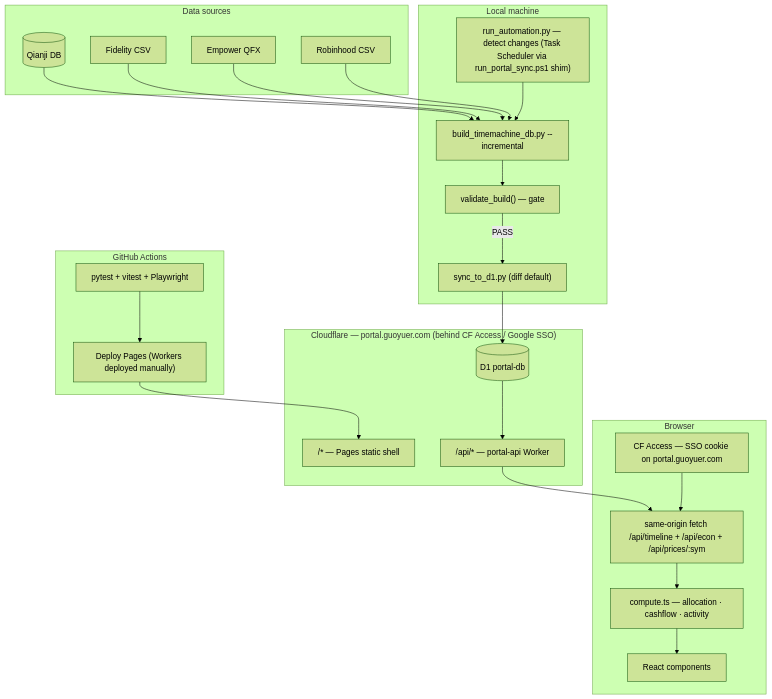
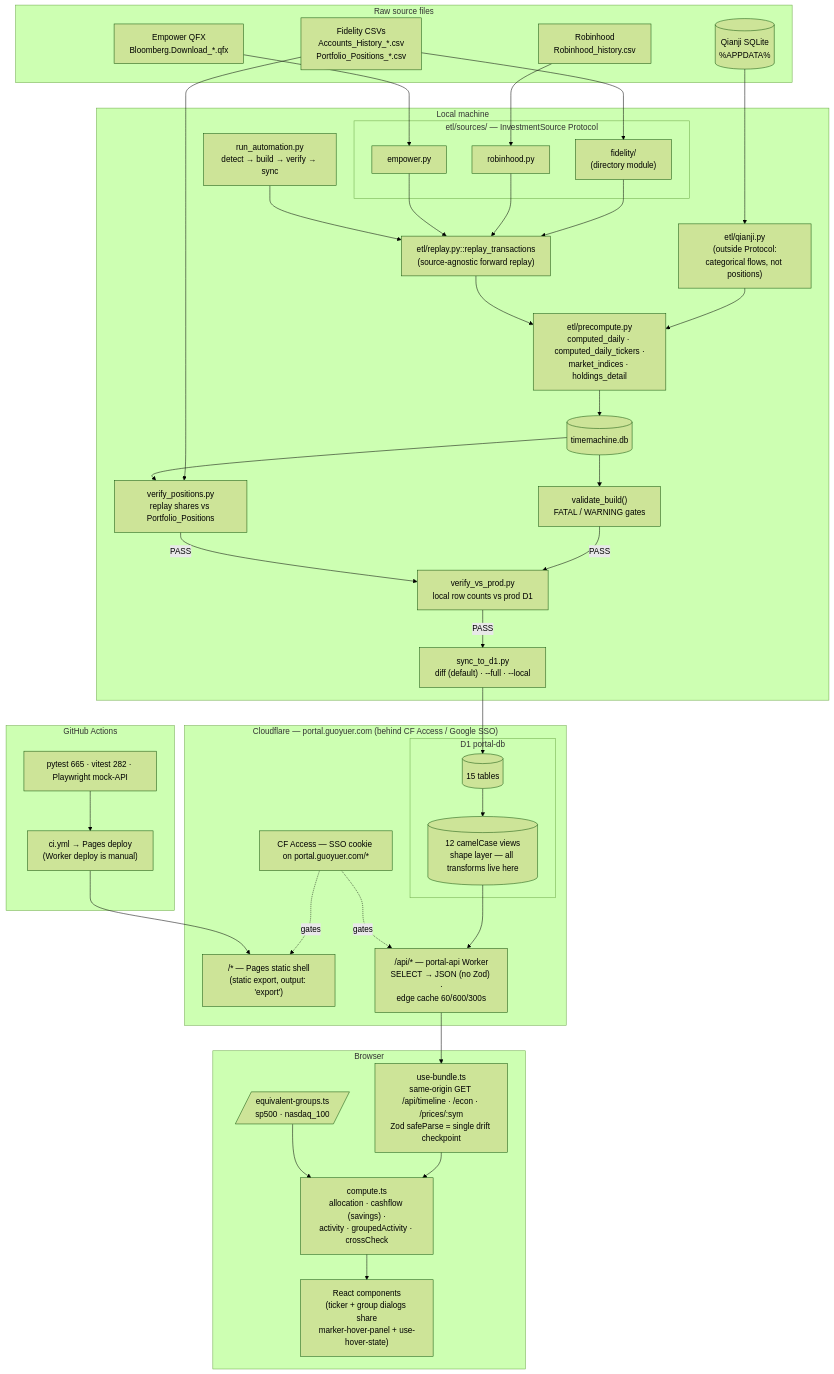
The diagram in docs/ARCHITECTURE.md (Guoyuer/portal), drawn with Mermaid (forest theme) before and after one commit. The commit also changed other lines of this file and 1 other file, not shown here.

````diff
--- a/docs/ARCHITECTURE.md
+++ b/docs/ARCHITECTURE.md
@@ -7,41 +7,67 @@
 ```mermaid
 graph TB
-    subgraph Local["Local machine"]
-        DETECT["run_automation.py — detect changes (Task Scheduler via run_portal_sync.ps1 shim)"]
-        BUILD["build_timemachine_db.py --incremental"]
-        VALIDATE["validate_build() — gate"]
-        DIFF["sync_to_d1.py (diff default)"]
+    subgraph SourceFiles["Raw source files"]
+        QJ[(Qianji SQLite<br/>%APPDATA%)]
+        FID["Fidelity CSVs<br/>Accounts_History_*.csv<br/>Portfolio_Positions_*.csv"]
+        QFX["Empower QFX<br/>Bloomberg.Download_*.qfx"]
+        RHC["Robinhood<br/>Robinhood_history.csv"]
     end
 
-    subgraph Sources["Data sources"]
-        QJ[(Qianji DB)]
-        FID[Fidelity CSV]
-        QFX[Empower QFX]
-        RH[Robinhood CSV]
+    subgraph Local["Local machine"]
+        DETECT["run_automation.py<br/>detect → build → verify → sync"]
+        subgraph SourceModules["etl/sources/ — InvestmentSource Protocol"]
+            S_FID["fidelity/<br/>(directory module)"]
+            S_RH["robinhood.py"]
+            S_EMP["empower.py"]
+        end
+        S_QJ["etl/qianji.py<br/>(outside Protocol:<br/>categorical flows, not positions)"]
+        REPLAY["etl/replay.py::replay_transactions<br/>(source-agnostic forward replay)"]
+        PRECOMP["etl/precompute.py<br/>computed_daily · computed_daily_tickers ·<br/>market_indices · holdings_detail"]
+        VALIDATE["validate_build()<br/>FATAL / WARNING gates"]
+        POSGATE["verify_positions.py<br/>replay shares vs Portfolio_Positions"]
+        PARITY["verify_vs_prod.py<br/>local row counts vs prod D1"]
+        DB[(timemachine.db)]
+        DIFF["sync_to_d1.py<br/>diff (default) · --full · --local"]
     end
 
     subgraph Cloud["Cloudflare — portal.guoyuer.com (behind CF Access / Google SSO)"]
-        D1[(D1 portal-db)]
-        PAGES["/* — Pages static shell"]
-        WORKER_API["/api/* — portal-api Worker"]
+        ACCESS["CF Access — SSO cookie on portal.guoyuer.com/*"]
+        subgraph D1Layer["D1 portal-db"]
+            TABLES[(15 tables)]
+            VIEWS[("12 camelCase views<br/>shape layer — all transforms live here")]
+            TABLES --> VIEWS
+        end
+        PAGES["/* — Pages static shell<br/>(static export, output: 'export')"]
+        WORKER_API["/api/* — portal-api Worker<br/>SELECT → JSON (no Zod) ·<br/>edge cache 60/600/300s"]
     end
 
     subgraph Frontend["Browser"]
-        ACCESS["CF Access — SSO cookie on portal.guoyuer.com"]
-        FETCH["same-origin fetch /api/timeline + /api/econ + /api/prices/:sym"]
-        COMPUTE["compute.ts — allocation · cashflow · activity"]
-        UI["React components"]
+        FETCH["use-bundle.ts<br/>same-origin GET /api/timeline · /econ · /prices/:sym<br/>Zod safeParse = single drift checkpoint"]
+        COMPUTE["compute.ts<br/>allocation · cashflow (savings) ·<br/>activity · groupedActivity · crossCheck"]
+        GROUPS[/"equivalent-groups.ts<br/>sp500 · nasdaq_100"/]
+        UI["React components<br/>(ticker + group dialogs share<br/>marker-hover-panel + use-hover-state)"]
     end
 
     subgraph CI["GitHub Actions"]
-        TEST["pytest + vitest + Playwright"]
-        DEPLOY["Deploy Pages (Workers deployed manually)"]
+        TEST["pytest 665 · vitest 282 · Playwright mock-API"]
+        DEPLOY["ci.yml → Pages deploy<br/>(Worker deploy is manual)"]
     end
 
-    QJ & FID & QFX & RH --> BUILD
-    DETECT --> BUILD --> VALIDATE
-    VALIDATE -->|PASS| DIFF --> D1
-    D1 --> WORKER_API --> FETCH
-    ACCESS --> FETCH --> COMPUTE --> UI
+    QJ --> S_QJ --> PRECOMP
+    FID --> S_FID
+    RHC --> S_RH
+    QFX --> S_EMP
+    S_FID & S_RH & S_EMP --> REPLAY --> PRECOMP
+    DETECT --> REPLAY
+    PRECOMP --> DB --> VALIDATE
+    FID --> POSGATE
+    DB --> POSGATE
+    VALIDATE -->|PASS| PARITY
+    POSGATE -->|PASS| PARITY
+    PARITY -->|PASS| DIFF --> TABLES
+    VIEWS --> WORKER_API
+    ACCESS -.gates.-> PAGES & WORKER_API
+    WORKER_API --> FETCH --> COMPUTE --> UI
+    GROUPS --> COMPUTE
     TEST --> DEPLOY --> PAGES
 ```
````
